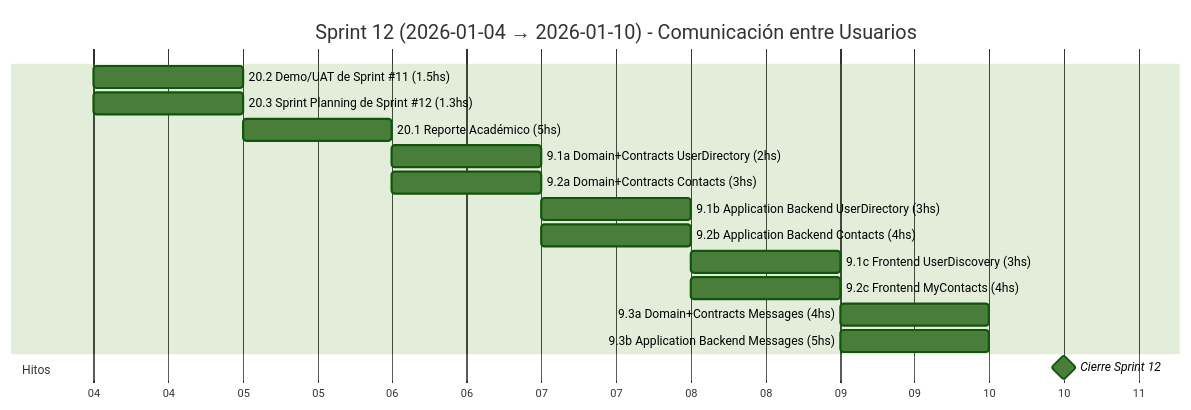
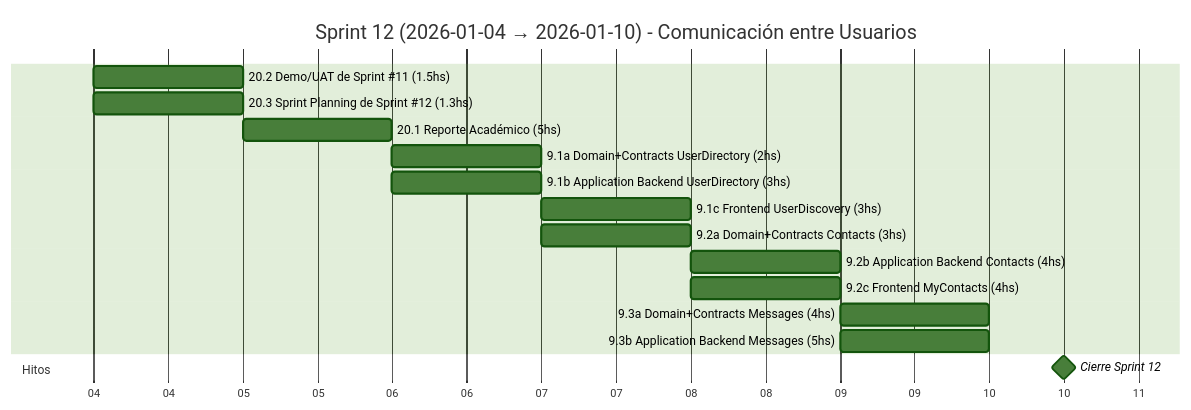
Before and after one commit to MarkMed/FleetMan: diagram 13 of 19 in docs/SprintsGantts.md, drawn with Mermaid (forest theme). The commit also changed 2 other files, not shown here.

Commit message:
feat: Update sprint planning and gantt charts; add user communication MVP specification
- Adjusted task scheduling in SprintsGantts.md for better alignment of development tasks.
- Modified hours and real hours in SprintsPlanning.md for accurate tracking.
- Introduced a comprehensive feature specification document for the User Communication System (MVP), detailing the vision, scope, modules, and technical components.

````diff
--- a/docs/SprintsGantts.md
+++ b/docs/SprintsGantts.md
@@ -384,23 +384,23 @@
 ```mermaid
 gantt
   title Sprint 12 (2026-01-04 → 2026-01-10) - Comunicación entre Usuarios
   dateFormat  YYYY-MM-DD
   axisFormat  %d
 
   %% Asumimos 5 h/día. Horas estimadas incluidas en el nombre.
 
   20.2 Demo/UAT de Sprint #11 (1.5hs)          :t202, 2026-01-04, 1d
   20.3 Sprint Planning de Sprint #12 (1.3hs)      :t203, 2026-01-04, 1d
   20.1 Reporte Académico (5hs)                 :t201, 2026-01-05, 1d
   9.1a Domain+Contracts UserDirectory (2hs)    :t91a, 2026-01-06, 1d
-  9.2a Domain+Contracts Contacts (3hs)         :t92a, 2026-01-06, 1d
-  9.1b Application Backend UserDirectory (3hs) :t91b, 2026-01-07, 1d
-  9.2b Application Backend Contacts (4hs)      :t92b, 2026-01-07, 1d
-  9.1c Frontend UserDiscovery (3hs)            :t91c, 2026-01-08, 1d
+  9.1b Application Backend UserDirectory (3hs) :t91b, 2026-01-06, 1d
+  9.1c Frontend UserDiscovery (3hs)            :t91c, 2026-01-07, 1d
+  9.2a Domain+Contracts Contacts (3hs)         :t92a, 2026-01-07, 1d
+  9.2b Application Backend Contacts (4hs)      :t92b, 2026-01-08, 1d
   9.2c Frontend MyContacts (4hs)               :t92c, 2026-01-08, 1d
   9.3a Domain+Contracts Messages (4hs)         :t93a, 2026-01-09, 1d
   9.3b Application Backend Messages (5hs)      :t93b, 2026-01-09, 1d
 
   section Hitos
   Cierre Sprint 12                             :milestone, s12, 2026-01-10, 1d
 ```
````
